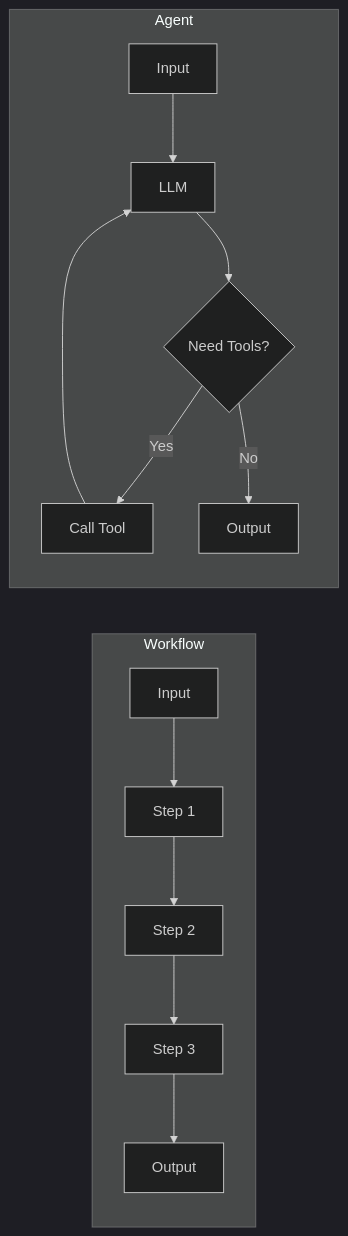
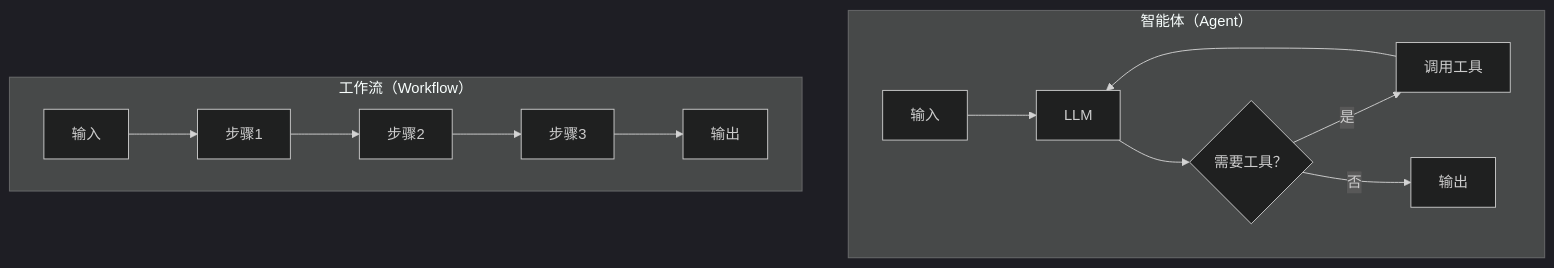
The first of 8 diagrams in learngraph/module-2 核心组件/2.4.1-高阶-Agent-Workflow.md (longtsing/learngraph.online), drawn with Mermaid (dark theme) before and after one commit.

Commit message:
修改了智能体和工作流的 mermaid 子图
修改了智能体和工作流的 mermaid 子图

````diff
--- a/learngraph/module-2 核心组件/2.4.1-高阶-Agent-Workflow.md
+++ b/learngraph/module-2 核心组件/2.4.1-高阶-Agent-Workflow.md
@@ -13,17 +13,17 @@
 ```mermaid
-graph LR
-    subgraph Workflow
-        W1[Input] --> W2[Step 1]
-        W2 --> W3[Step 2]
-        W3 --> W4[Step 3]
-        W4 --> W5[Output]
+graph TD
+    subgraph "智能体（Agent）"
+        A1[输入] --> A2[LLM]
+        A2 --> A3{需要工具？}
+        A3 -->|是| A4[调用工具]
+        A4 --> A2
+        A3 -->|否| A5[输出]
     end
 
-    subgraph Agent
-        A1[Input] --> A2[LLM]
-        A2 --> A3{Need Tools?}
-        A3 -->|Yes| A4[Call Tool]
-        A4 --> A2
-        A3 -->|No| A5[Output]
+    subgraph "工作流（Workflow）"
+        W1[输入] --> W2[步骤1]
+        W2 --> W3[步骤2]
+        W3 --> W4[步骤3]
+        W4 --> W5[输出]
     end
 ```
````
